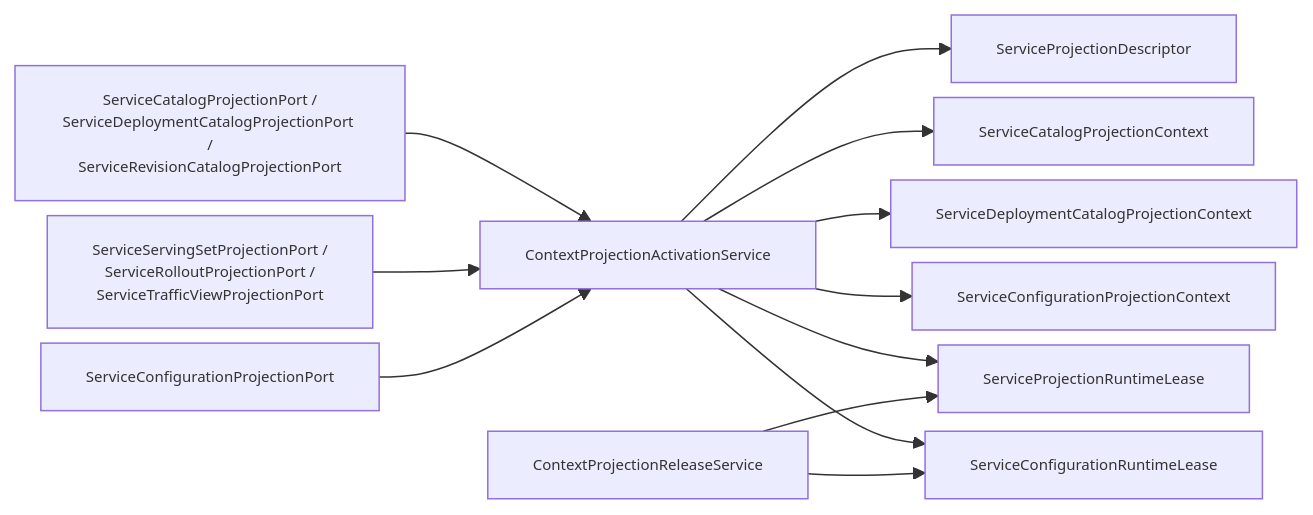
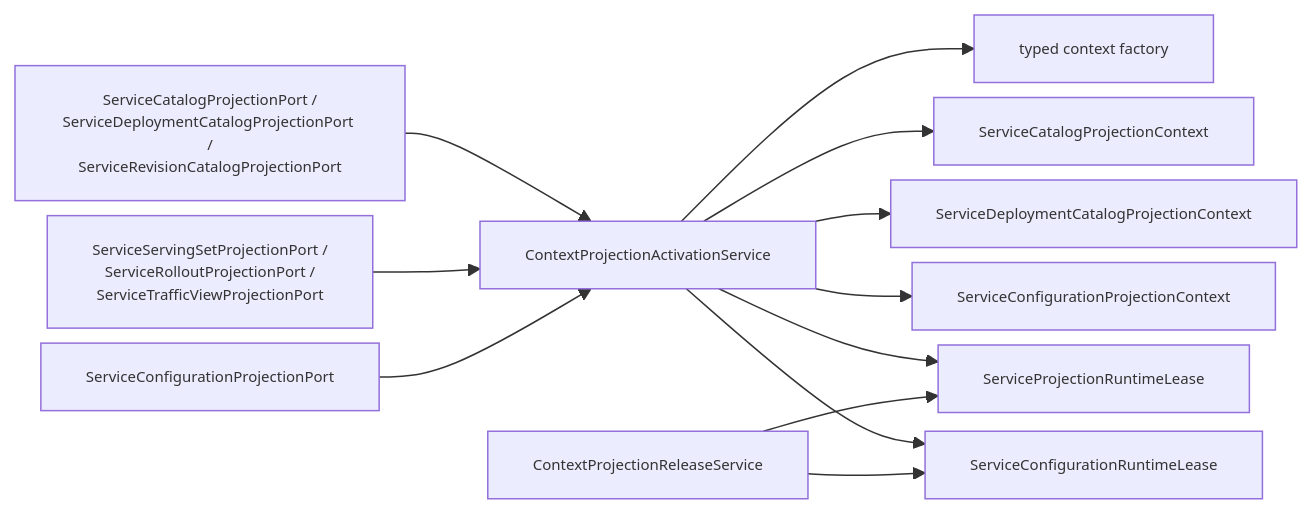
The seventh of 9 diagrams in docs/architecture/2026-03-16-projection-system-full-architecture-and-issues.md (aevatarAI/aevatar), drawn with Mermaid before and after one commit. The commit also changed other lines of this file and 36 other files, not shown here.

````diff
--- a/docs/architecture/2026-03-16-projection-system-full-architecture-and-issues.md
+++ b/docs/architecture/2026-03-16-projection-system-full-architecture-and-issues.md
@@ -531,27 +531,27 @@
 ```mermaid
 %%{init: {"maxTextSize": 100000, "flowchart": {"useMaxWidth": false, "nodeSpacing": 10, "rankSpacing": 50}, "themeVariables": {"fontSize": "10px"}}}%%
 flowchart LR
     P1["ServiceCatalogProjectionPort /\nServiceDeploymentCatalogProjectionPort /\nServiceRevisionCatalogProjectionPort"]
     P2["ServiceServingSetProjectionPort /\nServiceRolloutProjectionPort /\nServiceTrafficViewProjectionPort"]
     P3["ServiceConfigurationProjectionPort"]
     A1["ContextProjectionActivationService"]
     A2["ContextProjectionReleaseService"]
-    A3["ServiceProjectionDescriptor<TContext>"]
+    A3["typed context factory"]
     C1["ServiceCatalogProjectionContext"]
     C2["ServiceDeploymentCatalogProjectionContext"]
     C3["ServiceConfigurationProjectionContext"]
     L1["ServiceProjectionRuntimeLease<TContext>"]
     L2["ServiceConfigurationRuntimeLease"]
 
     P1 --> A1
     P2 --> A1
     P3 --> A1
     A1 --> A3
     A1 --> C1
     A1 --> C2
     A1 --> C3
     A1 --> L1
     A1 --> L2
     A2 --> L1
     A2 --> L2
 ```
````
